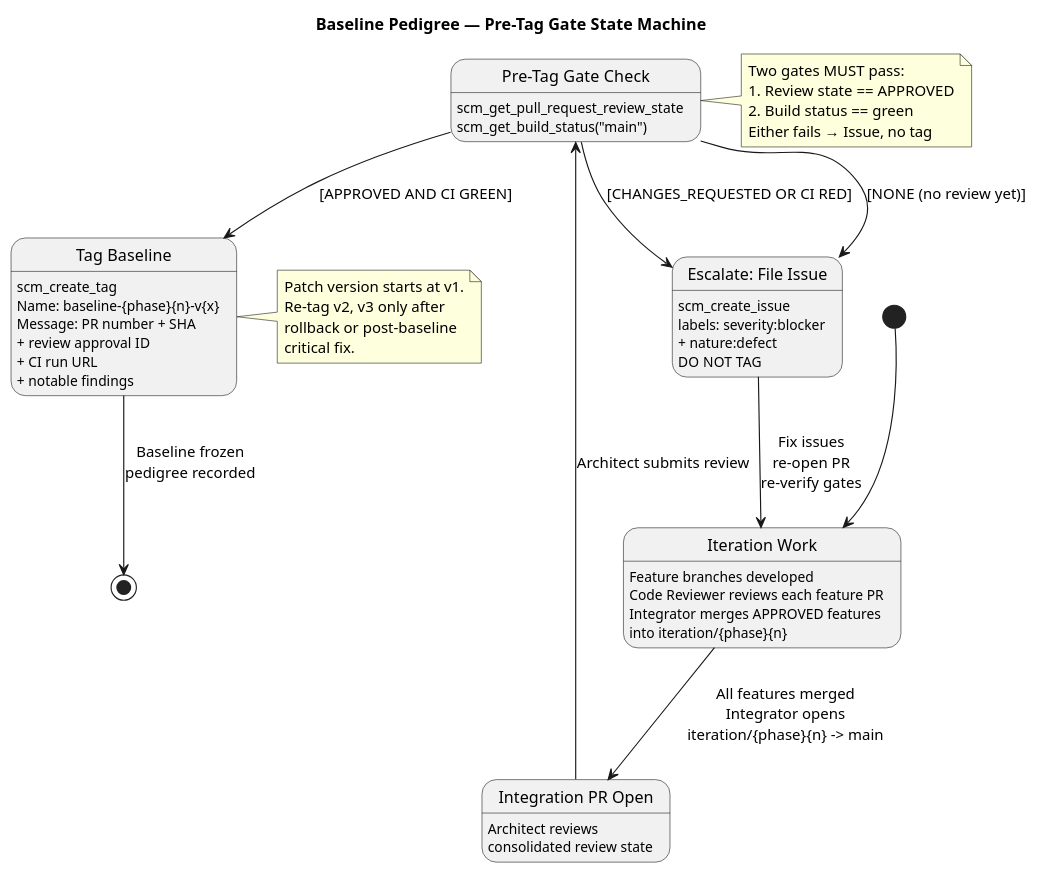
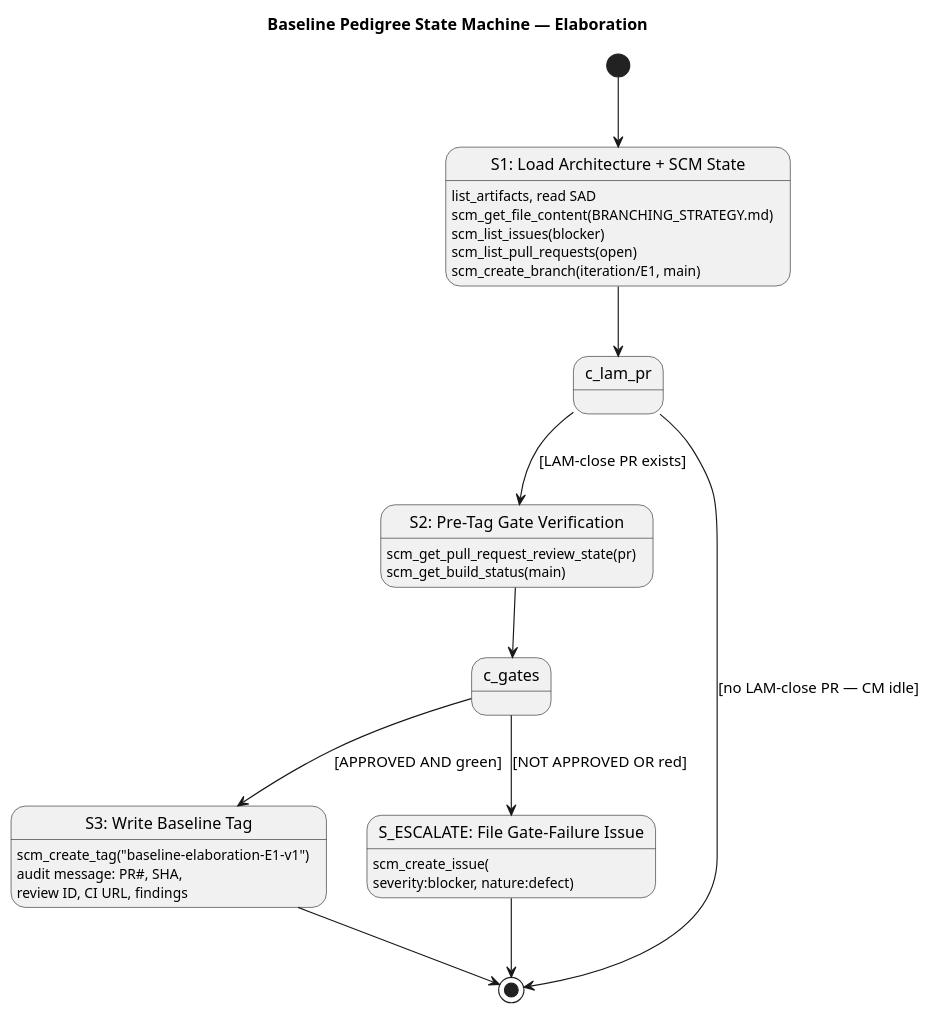
The second of 2 diagrams in docs/BRANCHING_STRATEGY.md (banense-test/portal-cuba-corp), drawn with PlantUML before and after one commit. The commit also changed other lines of this file, not shown here.

Commit message:
Evolve BRANCHING_STRATEGY.md to Elaboration phase — add evolutionary architectural mechanism branching topology, baseline-elaboration-E1 tag procedure, and UML diagrams

````diff
--- a/docs/BRANCHING_STRATEGY.md
+++ b/docs/BRANCHING_STRATEGY.md
@@ -181,67 +157,41 @@
 ```plantuml
 @startuml
-title Baseline Pedigree — Pre-Tag Gate State Machine
+title Baseline Pedigree State Machine — Elaboration
 
-[*] --> IterationWork
+[*] --> S1_DISCOVER
+state "S1: Load Architecture + SCM State" as S1_DISCOVER {
+  S1_DISCOVER : list_artifacts, read SAD
+  S1_DISCOVER : scm_get_file_content(BRANCHING_STRATEGY.md)
+  S1_DISCOVER : scm_list_issues(blocker)
+  S1_DISCOVER : scm_list_pull_requests(open)
+  S1_DISCOVER : scm_create_branch(iteration/E1, main)
+}
+S1_DISCOVER --> c_lam_pr
+state c_lam_pr <<choice>>
+c_lam_pr --> S2_GATE : [LAM-close PR exists]
+c_lam_pr --> [*] : [no LAM-close PR — CM idle]
 
-state "Iteration Work" as IterationWork {
-  IterationWork : Feature branches developed
-  IterationWork : Code Reviewer reviews each feature PR
-  IterationWork : Integrator merges APPROVED features
-  IterationWork : into iteration/{phase}{n}
+state "S2: Pre-Tag Gate Verification" as S2_GATE {
+  S2_GATE : scm_get_pull_request_review_state(pr)
+  S2_GATE : scm_get_build_status(main)
 }
+S2_GATE --> c_gates
+state c_gates <<choice>>
+c_gates --> S3_TAG : [APPROVED AND green]
+c_gates --> S_ESCALATE : [NOT APPROVED OR red]
 
-IterationWork --> IntegrationPR : All features merged\nIntegrator opens\niteration/{phase}{n} -> main
+state "S3: Write Baseline Tag" as S3_TAG {
+  S3_TAG : scm_create_tag("baseline-elaboration-E1-v1")
+  S3_TAG : audit message: PR#, SHA,
+  S3_TAG :   review ID, CI URL, findings
+}
+S3_TAG --> [*]
 
-state "Integration PR Open" as IntegrationPR {
-  IntegrationPR : Architect reviews
-  IntegrationPR : consolidated review state
+state "S_ESCALATE: File Gate-Failure Issue" as S_ESCALATE {
+  S_ESCALATE : scm_create_issue(
+  S_ESCALATE :   severity:blocker, nature:defect)
 }
-
-IntegrationPR --> GateCheck : Architect submits review
-
-state "Pre-Tag Gate Check" as GateCheck {
-  GateCheck : scm_get_pull_request_review_state
-  GateCheck : scm_get_build_status("main")
-}
-
-GateCheck --> TagBaseline : [APPROVED AND CI GREEN]
-GateCheck --> Escalate : [CHANGES_REQUESTED OR CI RED]
-GateCheck --> Escalate : [NONE (no review yet)]
-
-state "Escalate: File Issue" as Escalate {
-  Escalate : scm_create_issue
-  Escalate : labels: severity:blocker
-  Escalate :         + nature:defect
-  Escalate : DO NOT TAG
-}
-
-Escalate --> IterationWork : Fix issues\nre-open PR\nre-verify gates
-
-state "Tag Baseline" as TagBaseline {
-  TagBaseline : scm_create_tag
-  TagBaseline : Name: baseline-{phase}{n}-v{x}
-  TagBaseline : Message: PR number + SHA
-  TagBaseline :         + review approval ID
-  TagBaseline :         + CI run URL
-  TagBaseline :         + notable findings
-}
-
-TagBaseline --> [*] : Baseline frozen\npedigree recorded
-
-note right of GateCheck
-  Two gates MUST pass:
-  1. Review state == APPROVED
-  2. Build status == green
-  Either fails → Issue, no tag
-end note
-
-note right of TagBaseline
-  Patch version starts at v1.
-  Re-tag v2, v3 only after
-  rollback or post-baseline
-  critical fix.
-end note
+S_ESCALATE --> [*]
 
 @enduml
 ```
````
